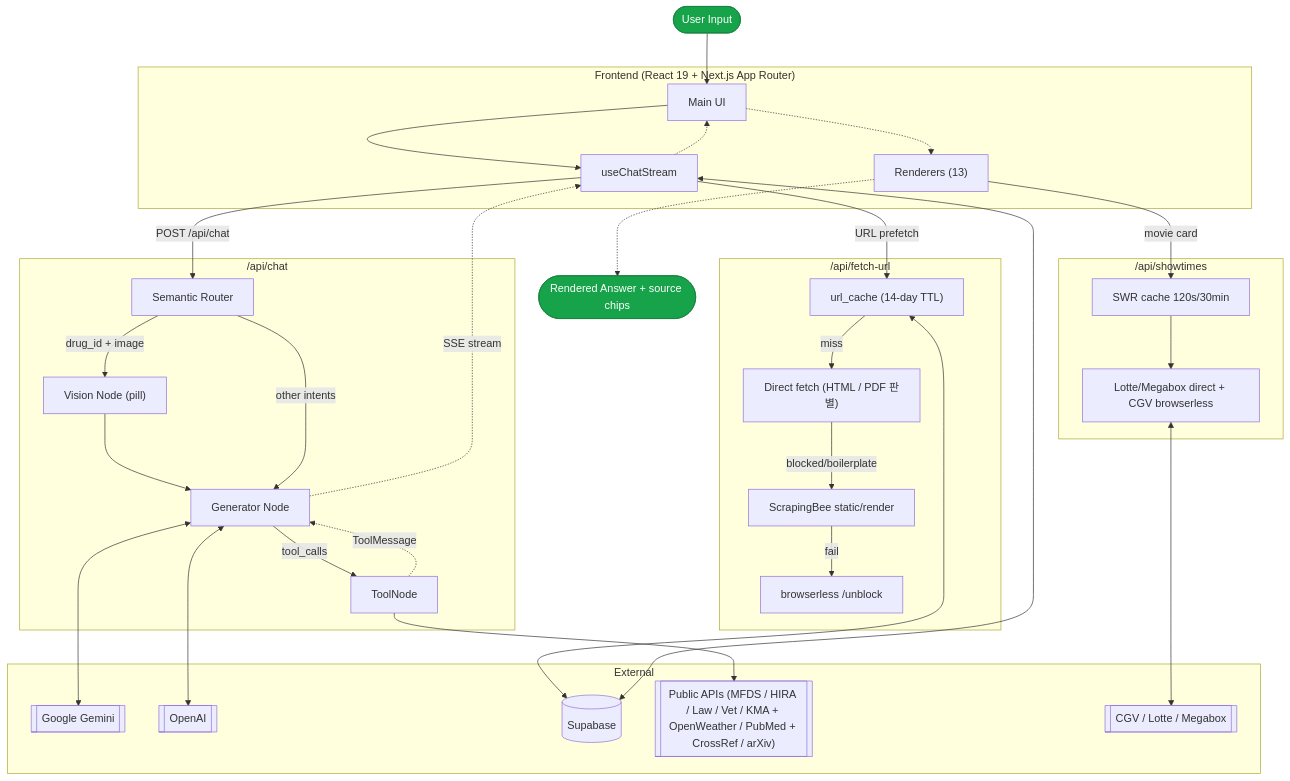
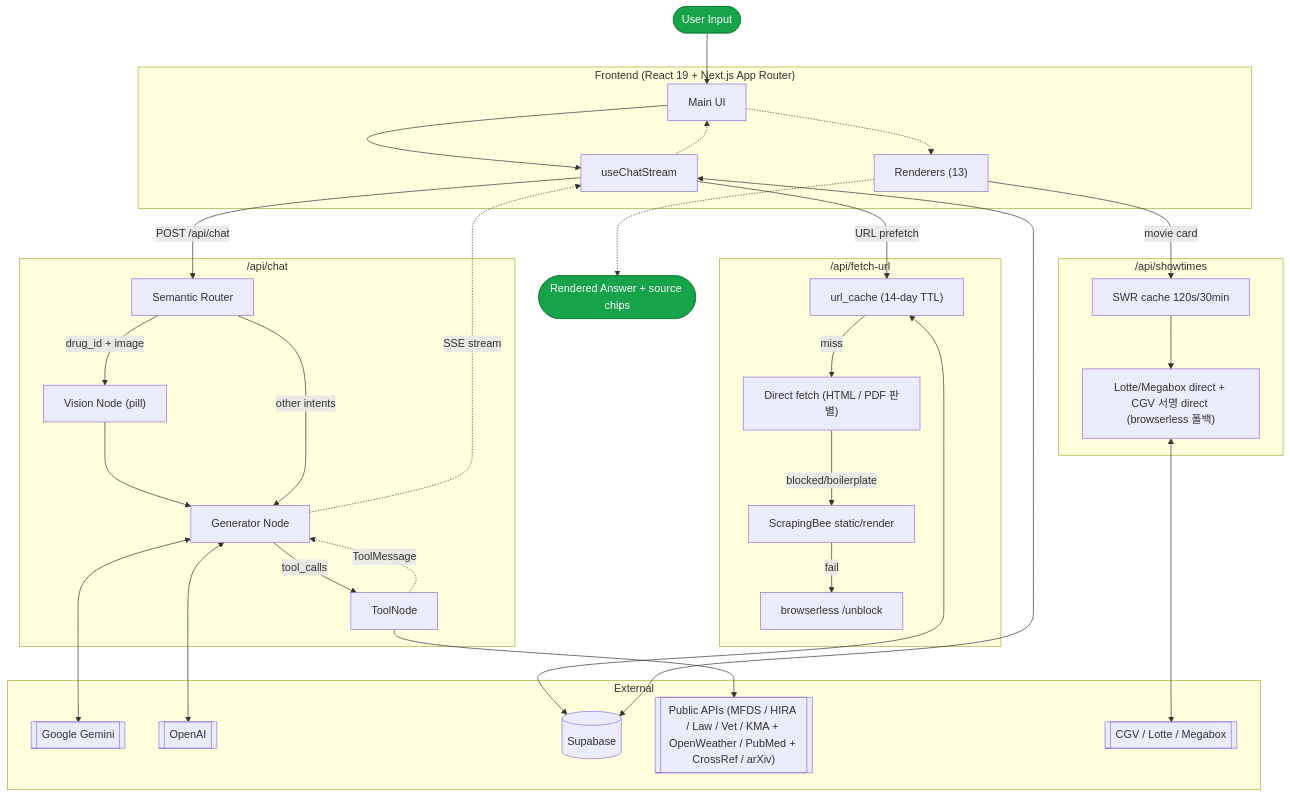
One commit to jpjp92/chat-agent changed the first of 7 diagrams in docs/guide/REF_Architecture.md. Above: the diagram before and after it, drawn with Mermaid. The commit also changed 9 other files, not shown here.

````diff
--- a/docs/guide/REF_Architecture.md
+++ b/docs/guide/REF_Architecture.md
@@ -24,58 +24,58 @@
 ```mermaid
 flowchart TB
     In([User Input])
 
     subgraph Frontend ["Frontend (React 19 + Next.js App Router)"]
         UI[Main UI]
         Stream[useChatStream]
         Renderers["Renderers (13)"]
     end
 
     subgraph FetchAPI ["/api/fetch-url"]
         URLCache["url_cache (14-day TTL)"]
         Direct["Direct fetch (HTML / PDF 판별)"]
         ScrapingBee["ScrapingBee static/render"]
         Browserless["browserless /unblock"]
     end
 
     subgraph ChatAPI ["/api/chat"]
         Router["Semantic Router"]
         Vision["Vision Node (pill)"]
         Generator["Generator Node"]
         ToolNode["ToolNode"]
     end
 
     subgraph ShowtimesAPI ["/api/showtimes"]
         SWR["SWR cache 120s/30min"]
-        ChainFetch["Lotte/Megabox direct + CGV browserless"]
+        ChainFetch["Lotte/Megabox direct + CGV 서명 direct (browserless 폴백)"]
     end
 
     subgraph External ["External"]
         Gemini[["Google Gemini"]]
         OpenAI[["OpenAI"]]
         Supabase[("Supabase")]
         APIs[["Public APIs (MFDS / HIRA / Law / Vet / KMA + OpenWeather / PubMed + CrossRef / arXiv)"]]
         Multiplex[["CGV / Lotte / Megabox"]]
     end
 
     Out([Rendered Answer + source chips])
 
     In --> UI --> Stream
     Stream -->|URL prefetch| URLCache -->|miss| Direct
     Direct -->|blocked/boilerplate| ScrapingBee
     ScrapingBee -->|fail| Browserless
     URLCache <--> Supabase
     Stream -->|POST /api/chat| Router
     Router -->|drug_id + image| Vision --> Generator
     Router -->|other intents| Generator
     Generator -->|tool_calls| ToolNode --> APIs
     ToolNode -.->|ToolMessage| Generator
     Renderers -->|movie card| SWR --> ChainFetch <--> Multiplex
     Generator <--> Gemini
     Generator <--> OpenAI
     Generator -.->|SSE stream| Stream -.-> UI -.-> Renderers -.-> Out
     Stream <--> Supabase
 
     classDef io fill:#16a34a,stroke:#15803d,color:#fff;
     class In,Out io;
 ```
````
